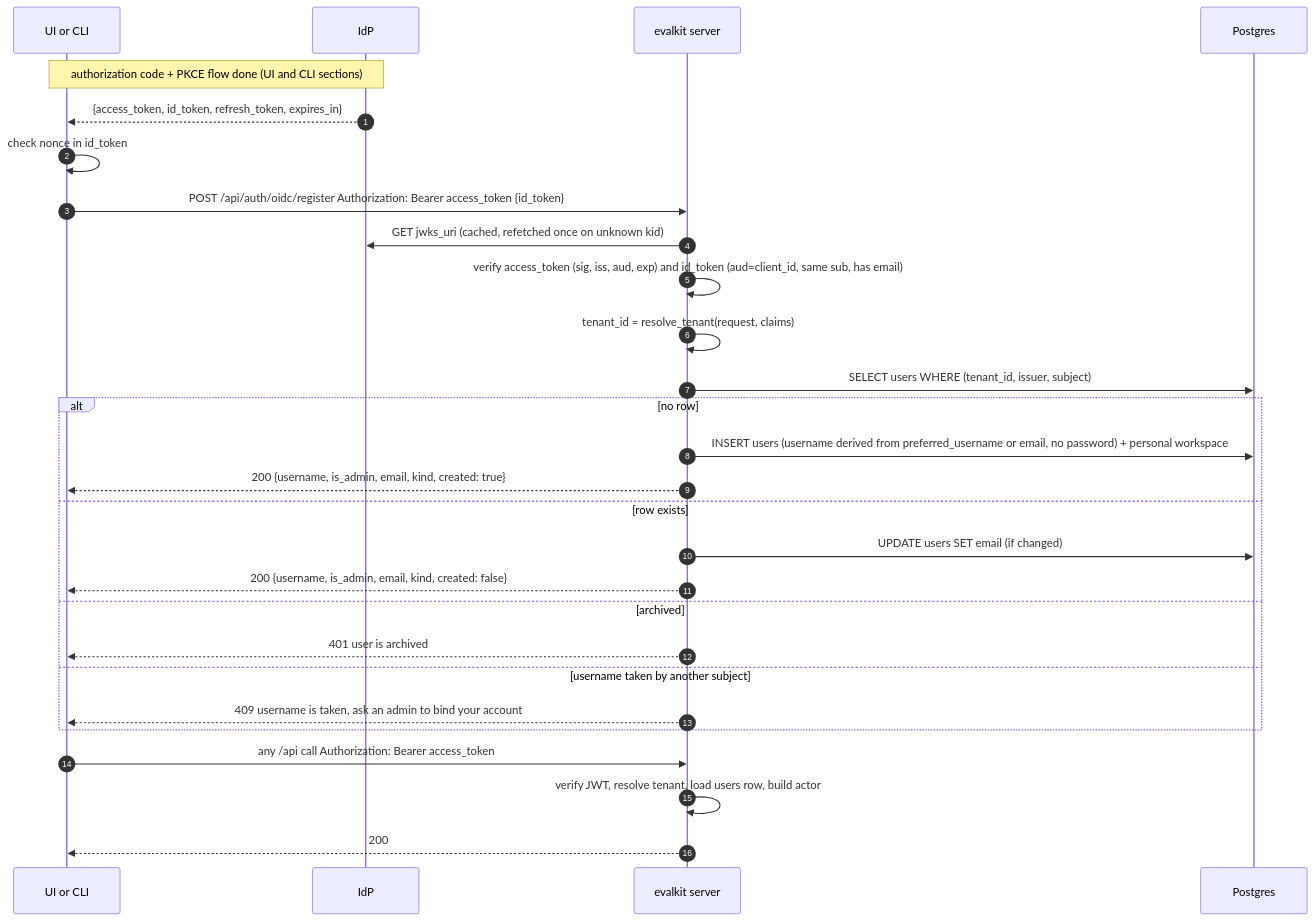
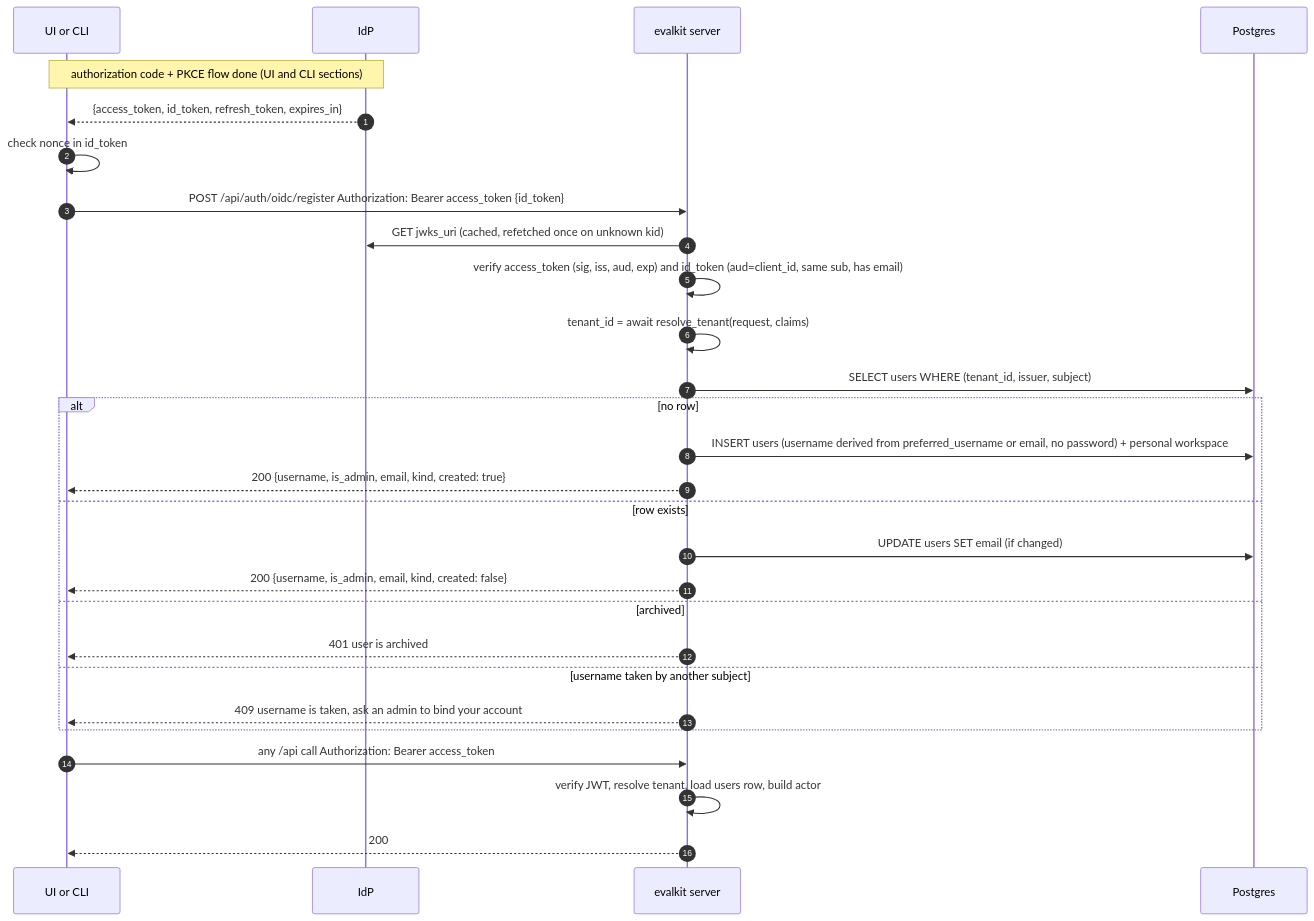
One commit to inferedge-ai/evalkit changed the second of 5 diagrams in docs/superpowers/specs/2026-11-03-oidc-sso-and-tenancy-design.md. Above: the diagram before and after it, drawn with Mermaid. The commit also changed other lines of this file and 4 other files, not shown here.

First line of the commit message:
resolve_tenant always gets the HTTP request: /mcp passes FastMCP's request; spec awaits it

````diff
--- a/docs/superpowers/specs/2026-11-03-oidc-sso-and-tenancy-design.md
+++ b/docs/superpowers/specs/2026-11-03-oidc-sso-and-tenancy-design.md
@@ -987,33 +990,33 @@
 ```mermaid
 sequenceDiagram
     autonumber
     participant C as UI or CLI
     participant I as IdP
     participant S as evalkit server
     participant DB as Postgres
 
     Note over C,I: authorization code + PKCE flow done (UI and CLI sections)
     I-->>C: {access_token, id_token, refresh_token, expires_in}
     C->>C: check nonce in id_token
 
     C->>S: POST /api/auth/oidc/register  Authorization: Bearer access_token  {id_token}
     S->>I: GET jwks_uri (cached, refetched once on unknown kid)
     S->>S: verify access_token (sig, iss, aud, exp) and id_token (aud=client_id, same sub, has email)
-    S->>S: tenant_id = resolve_tenant(request, claims)
+    S->>S: tenant_id = await resolve_tenant(request, claims)
     S->>DB: SELECT users WHERE (tenant_id, issuer, subject)
     alt no row
         S->>DB: INSERT users (username derived from preferred_username or email, no password) + personal workspace
         S-->>C: 200 {username, is_admin, email, kind, created: true}
     else row exists
         S->>DB: UPDATE users SET email (if changed)
         S-->>C: 200 {username, is_admin, email, kind, created: false}
     else archived
         S-->>C: 401 user is archived
     else username taken by another subject
         S-->>C: 409 username is taken, ask an admin to bind your account
     end
 
     C->>S: any /api call  Authorization: Bearer access_token
     S->>S: verify JWT, resolve tenant, load users row, build actor
     S-->>C: 200
 ```
````
